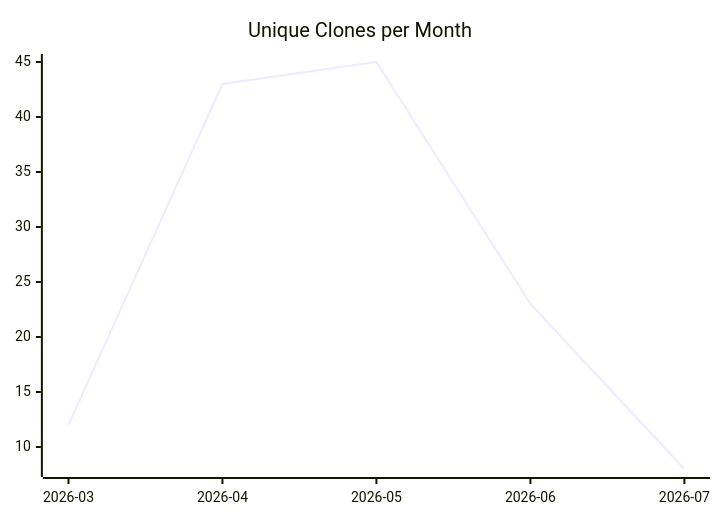
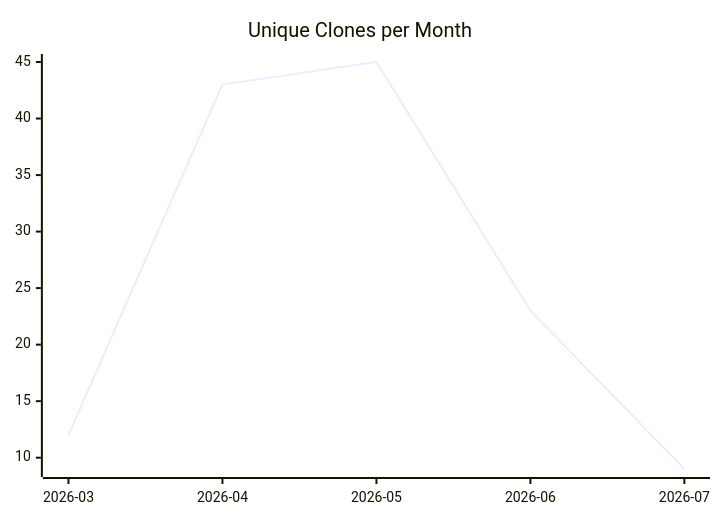
The third of 3 diagrams in karlmdavis/ksoap2-android/README.md (justdavis-family/github-analytics-data), drawn with Mermaid before and after one commit. The commit also changed other lines of this file and 184 other files, not shown here.

````diff
--- a/karlmdavis/ksoap2-android/README.md
+++ b/karlmdavis/ksoap2-android/README.md
@@ -19,6 +19,6 @@
 ```mermaid
 xychart-beta
   title "Unique Clones per Month"
   x-axis ["2026-03", "2026-04", "2026-05", "2026-06", "2026-07"]
-  line [12, 43, 45, 23, 8]
+  line [12, 43, 45, 23, 9]
 ```
````
